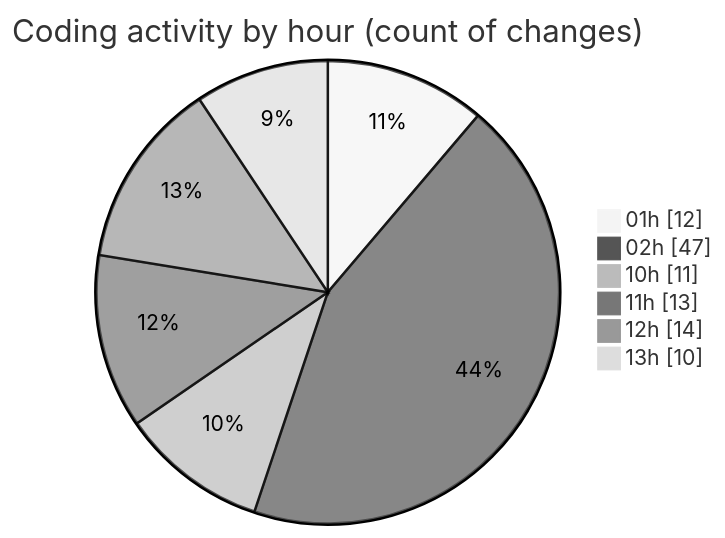
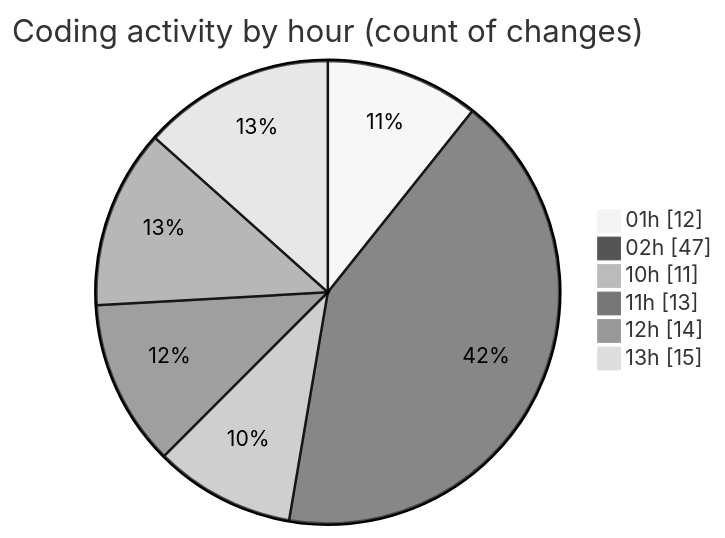
Before and after one commit to julien-gomy/code-tracking: the second of 2 diagrams in 2025-10-24/eventscop-frontend-guide__workspace_/README.md, drawn with Mermaid (neutral theme). The commit also changed other lines of this file and 1 other file, not shown here.

````diff
--- a/2025-10-24/eventscop-frontend-guide__workspace_/README.md
+++ b/2025-10-24/eventscop-frontend-guide__workspace_/README.md
@@ -61,10 +61,10 @@
 ```mermaid
 pie showData
 title Coding activity by hour (count of changes)
 "01h" : 12
 "02h" : 47
 "10h" : 11
 "11h" : 13
 "12h" : 14
-"13h" : 10
+"13h" : 15
 ```
````
